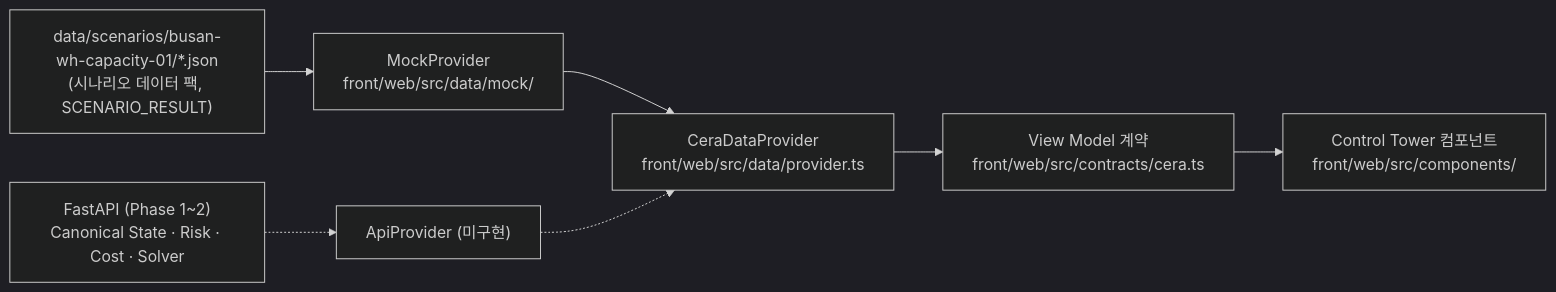
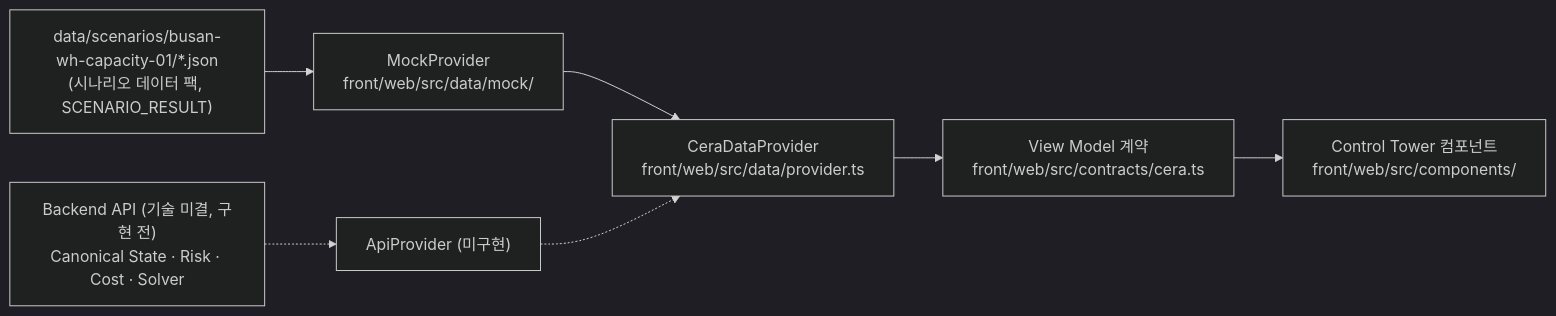
One commit to dong3114/container-exception changed the diagram in docs/16_frontend-prototype.md. Above: the diagram before and after it, drawn with Mermaid (dark theme). The commit also changed other lines of this file and 18 other files, not shown here.

````diff
--- a/docs/16_frontend-prototype.md
+++ b/docs/16_frontend-prototype.md
@@ -45,9 +45,9 @@
 ```mermaid
 flowchart LR
   PACK["data/scenarios/busan-wh-capacity-01/*.json<br/>(시나리오 데이터 팩, SCENARIO_RESULT)"] --> MOCK["MockProvider<br/>front/web/src/data/mock/"]
-  API["FastAPI (Phase 1~2)<br/>Canonical State · Risk · Cost · Solver"] -.-> APIP["ApiProvider (미구현)"]
+  API["Backend API (기술 미결, 구현 전)<br/>Canonical State · Risk · Cost · Solver"] -.-> APIP["ApiProvider (미구현)"]
   MOCK --> IF["CeraDataProvider<br/>front/web/src/data/provider.ts"]
   APIP -.-> IF
   IF --> VM["View Model 계약<br/>front/web/src/contracts/cera.ts"]
   VM --> UI["Control Tower 컴포넌트<br/>front/web/src/components/"]
 ```
````
